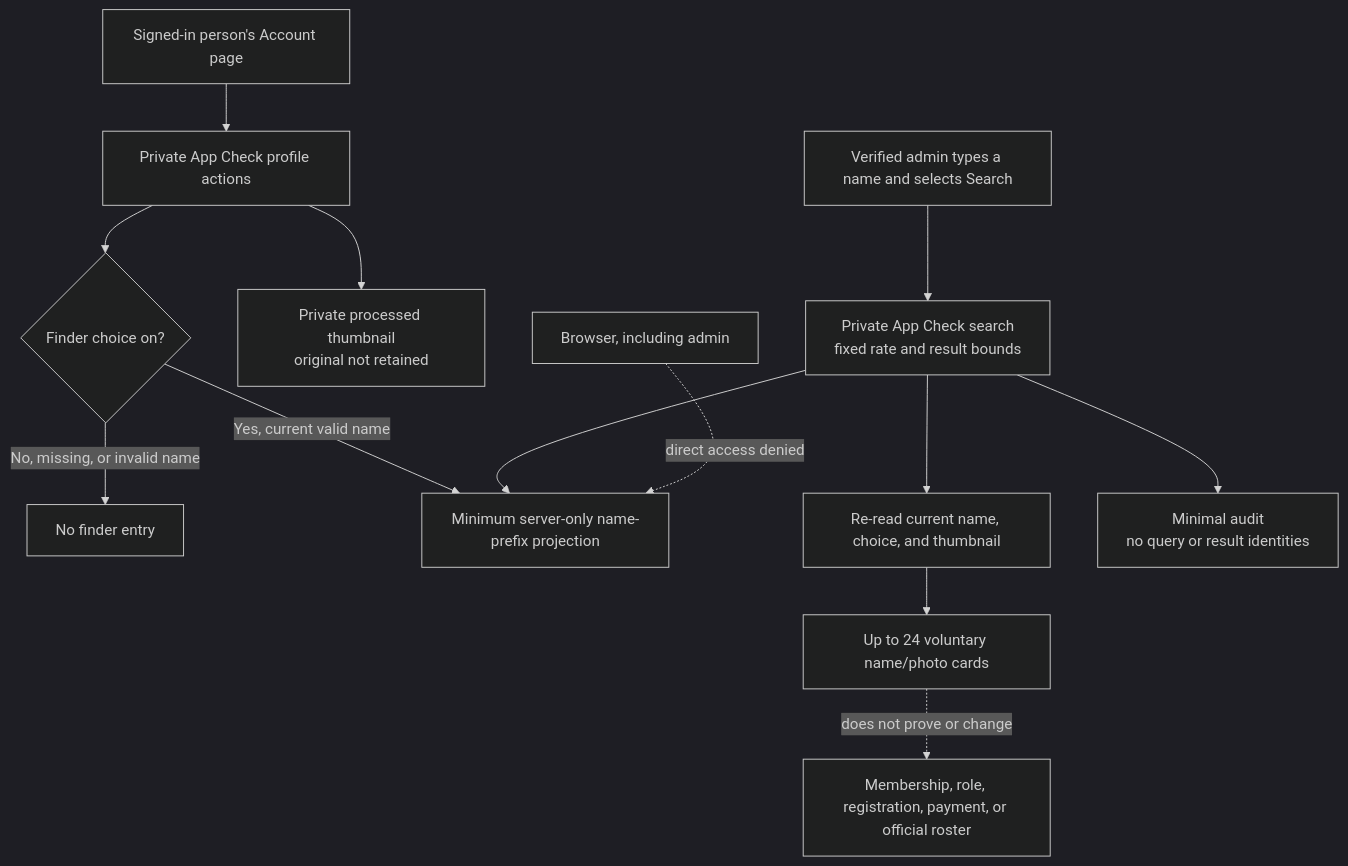
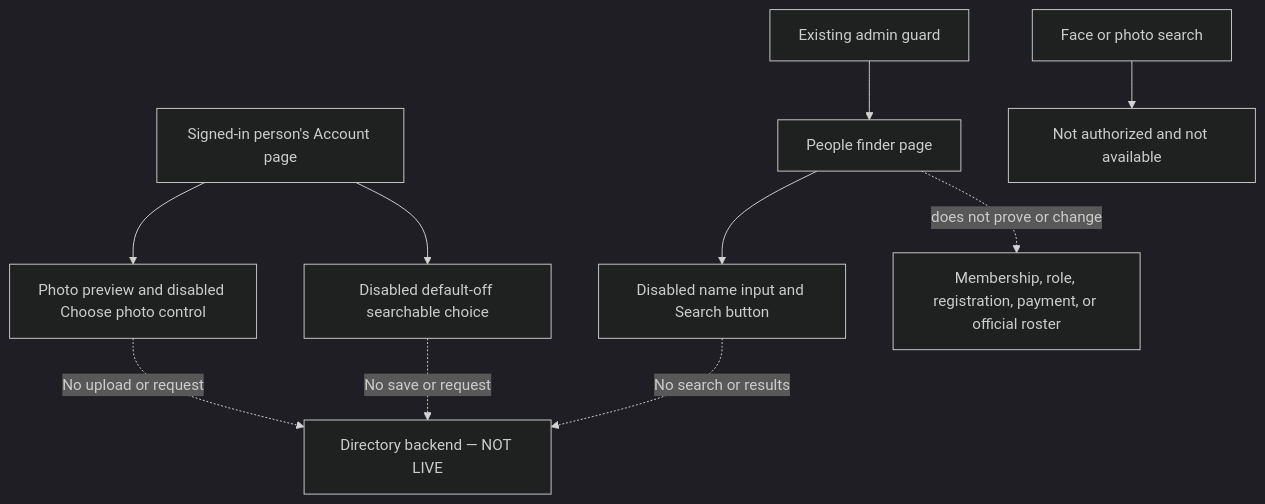
Before and after one commit to Run-MPRC/Run-MPRC.github.io: the eighth of 10 diagrams in docs/officers/SYSTEM_MAPS.md, drawn with Mermaid (dark theme). The commit also changed other lines of this file and 12 other files, not shown here.

````diff
--- a/docs/officers/SYSTEM_MAPS.md
+++ b/docs/officers/SYSTEM_MAPS.md
@@ -159,15 +159,12 @@
 ```mermaid
 flowchart TD
-    Account["Signed-in person's Account page"] --> ProfileServer["Private App Check profile actions"]
-    ProfileServer --> Preference{"Finder choice on?"}
-    ProfileServer --> Thumbnail["Private processed thumbnail\noriginal not retained"]
-    Preference -- "No, missing, or invalid name" --> Hidden["No finder entry"]
-    Preference -- "Yes, current valid name" --> Projection["Minimum server-only name-prefix projection"]
-    Officer["Verified admin types a name and selects Search"] --> Search["Private App Check search\nfixed rate and result bounds"]
-    Search --> Projection
-    Search --> Recheck["Re-read current name, choice, and thumbnail"]
-    Recheck --> Cards["Up to 24 voluntary name/photo cards"]
-    Search --> Audit["Minimal audit\nno query or result identities"]
-    Browser["Browser, including admin"] -. "direct access denied" .-> Projection
-    Cards -. "does not prove or change" .-> Records["Membership, role, registration, payment, or official roster"]
+    Account["Signed-in person's Account page"] --> Photo["Photo preview and disabled Choose photo control"]
+    Account --> Choice["Disabled default-off searchable choice"]
+    Admin["Existing admin guard"] --> Finder["People finder page"]
+    Finder --> Input["Disabled name input and Search button"]
+    Photo -. "No upload or request" .-> Backend["Directory backend — NOT LIVE"]
+    Choice -. "No save or request" .-> Backend
+    Input -. "No search or results" .-> Backend
+    Face["Face or photo search"] --> Never["Not authorized and not available"]
+    Finder -. "does not prove or change" .-> Records["Membership, role, registration, payment, or official roster"]
 ```
````
